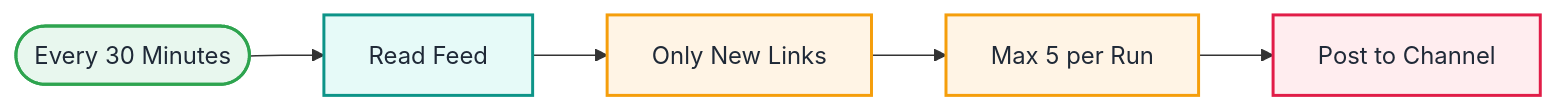
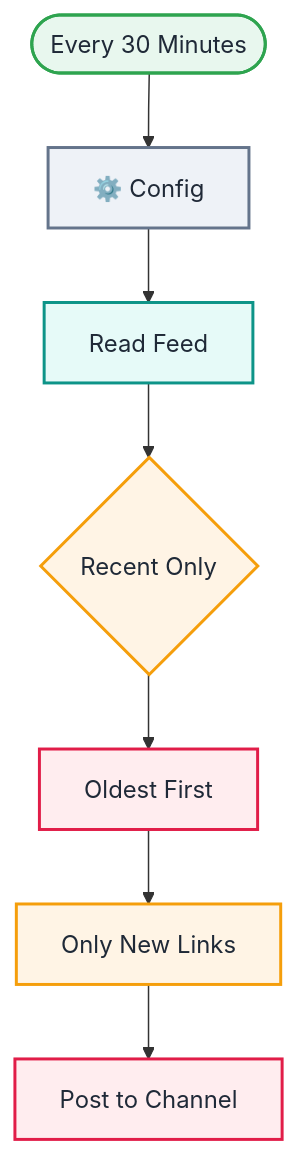
The second of 2 diagrams in workflows/Q08-rss-to-telegram-dedupe/README.md (callme-siva/n8n-knowledge), drawn with Mermaid before and after one commit. The commit also changed other lines of this file and 118 other files, not shown here.

````diff
--- a/workflows/Q08-rss-to-telegram-dedupe/README.md
+++ b/workflows/Q08-rss-to-telegram-dedupe/README.md
@@ -55,20 +56,24 @@
 ```mermaid
-flowchart LR
+flowchart TB
   n0(["Every 30 Minutes"]):::trigger
-  n1["Read Feed"]:::http
-  n2["Only New Links"]:::logic
-  n3["Max 5 per Run"]:::logic
-  n4["Post to Channel"]:::msg
+  n1["⚙️ Config"]:::code
+  n2["Read Feed"]:::http
+  n3{"Recent Only"}:::logic
+  n4["Oldest First"]:::msg
+  n5["Only New Links"]:::logic
+  n6["Post to Channel"]:::msg
   n0 --> n1
   n1 --> n2
   n2 --> n3
   n3 --> n4
+  n4 --> n5
+  n5 --> n6
   classDef trigger fill:#E8F7EE,stroke:#2EA44F,stroke-width:2px,color:#1F2937
   classDef ai fill:#F1EBFF,stroke:#7C3AED,stroke-width:2px,color:#1F2937
   classDef sub fill:#F7F3FF,stroke:#A78BFA,stroke-width:2px,color:#1F2937
   classDef logic fill:#FFF4E5,stroke:#F59E0B,stroke-width:2px,color:#1F2937
   classDef code fill:#EEF2F7,stroke:#64748B,stroke-width:2px,color:#1F2937
   classDef data fill:#EAF3FF,stroke:#2563EB,stroke-width:2px,color:#1F2937
   classDef http fill:#E6FAF8,stroke:#0D9488,stroke-width:2px,color:#1F2937
   classDef msg fill:#FFEDEF,stroke:#E11D48,stroke-width:2px,color:#1F2937
 ```
````
